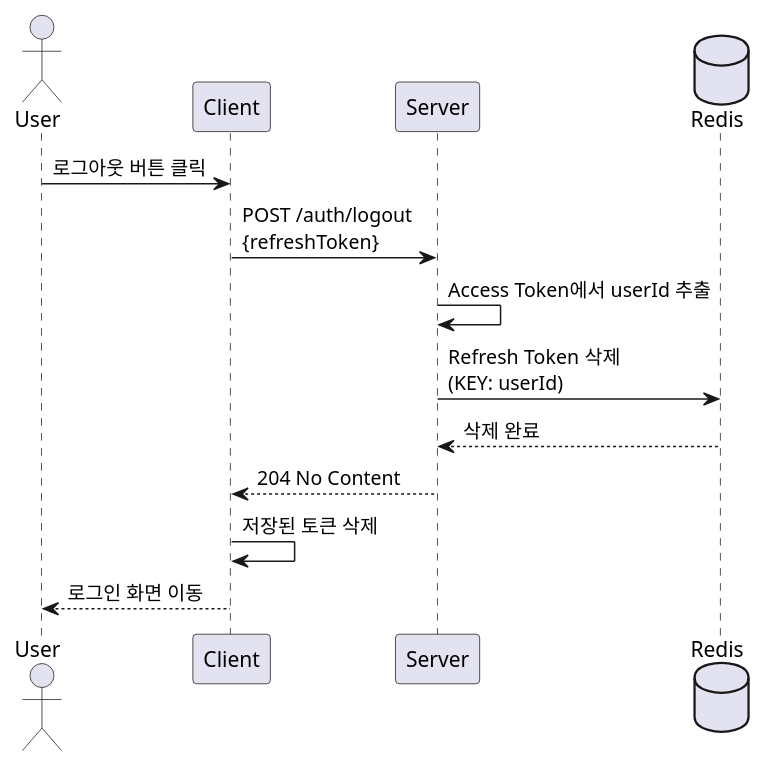
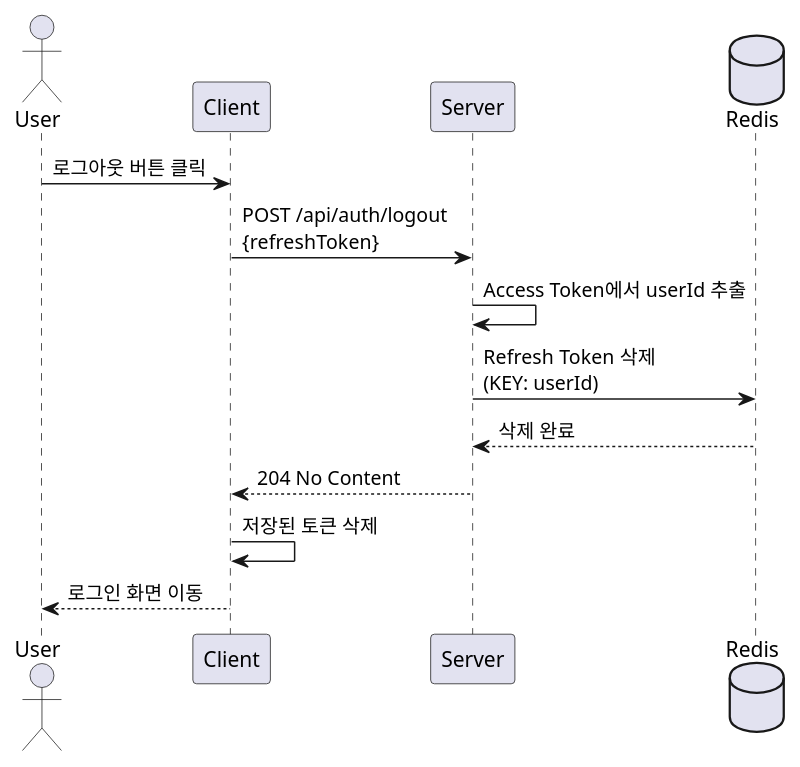
One commit to daily-one-page/daily-one-page-backend changed the fourth of 29 diagrams in docs/sequence-diagram.md. Above: the diagram before and after it, drawn with PlantUML. The commit also changed other lines of this file and 38 other files, not shown here.

First line of the commit message:
docs: Sync API spec, ERD, Sequence Diagram and add Postman Collection

````diff
--- a/docs/sequence-diagram.md
+++ b/docs/sequence-diagram.md
@@ -116,18 +116,18 @@
 ```plantuml
 @startuml 로그아웃
 actor User
 participant Client
 participant Server
 database Redis
 
 User -> Client: 로그아웃 버튼 클릭
-Client -> Server: POST /auth/logout\n{refreshToken}
+Client -> Server: POST /api/auth/logout\n{refreshToken}
 Server -> Server: Access Token에서 userId 추출
 Server -> Redis: Refresh Token 삭제\n(KEY: userId)
 Redis --> Server: 삭제 완료
 Server --> Client: 204 No Content
 Client -> Client: 저장된 토큰 삭제
 Client --> User: 로그인 화면 이동
 
 @enduml
 ```
````
